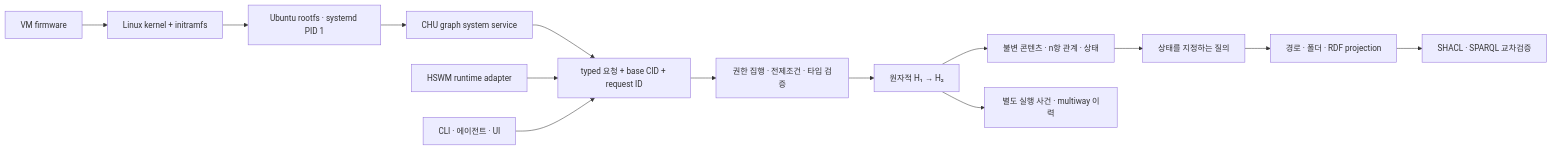
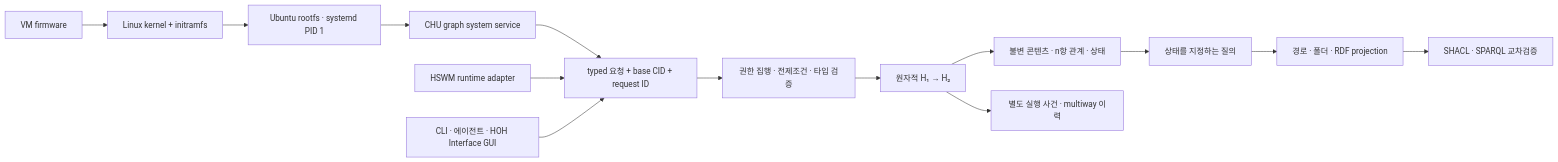
The diagram in spec/ARCHITECTURE.md (gj3447/CHU), drawn with Mermaid before and after one commit. The commit also changed other lines of this file and 6 other files, not shown here.

First line of the commit message:
Plan HOH Interface as the CHU OS GUI

````diff
--- a/spec/ARCHITECTURE.md
+++ b/spec/ARCHITECTURE.md
@@ -13,16 +13,16 @@
 ```mermaid
 flowchart LR
   Firmware["VM firmware"] --> Linux["Linux kernel + initramfs"]
   Linux --> PID1["Ubuntu rootfs · systemd PID 1"]
   PID1 --> CHU["CHU graph system service"]
   CHU --> Request["typed 요청 + base CID + request ID"]
   HSWM["HSWM runtime adapter"] --> Request
-  Agent["CLI · 에이전트 · UI"] --> Request
+  Agent["CLI · 에이전트 · HOH Interface GUI"] --> Request
   Request --> Gate["권한 집행 · 전제조건 · 타입 검증"]
   Gate --> Rewrite["원자적 H₁ → H₂"]
   Rewrite --> Objects["불변 콘텐츠 · n항 관계 · 상태"]
   Rewrite --> Events["별도 실행 사건 · multiway 이력"]
   Objects --> Query["상태를 지정하는 질의"]
   Query --> Views["경로 · 폴더 · RDF projection"]
   Views --> Checks["SHACL · SPARQL 교차검증"]
 ```
````
